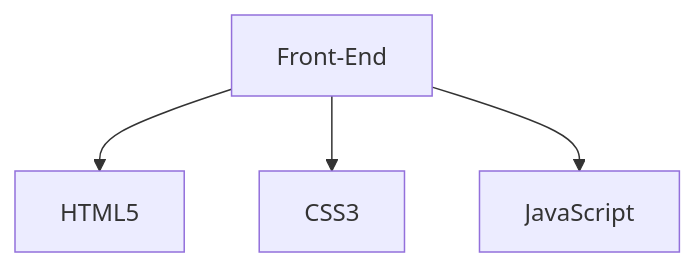
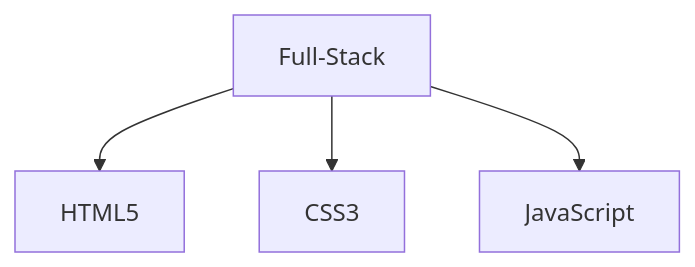
One commit to jeanchong15/jeanchong15 changed the diagram in README.md. Above: the diagram before and after it, drawn with Mermaid.

````diff
--- a/README.md
+++ b/README.md
@@ -52,6 +52,6 @@
  ```mermaid
 graph TD;
-    Front-End-->HTML5;
-    Front-End-->CSS3;
-    Front-End-->JavaScript;
+    Full-Stack-->HTML5;
+    Full-Stack-->CSS3;
+    Full-Stack-->JavaScript;
 ```
````
